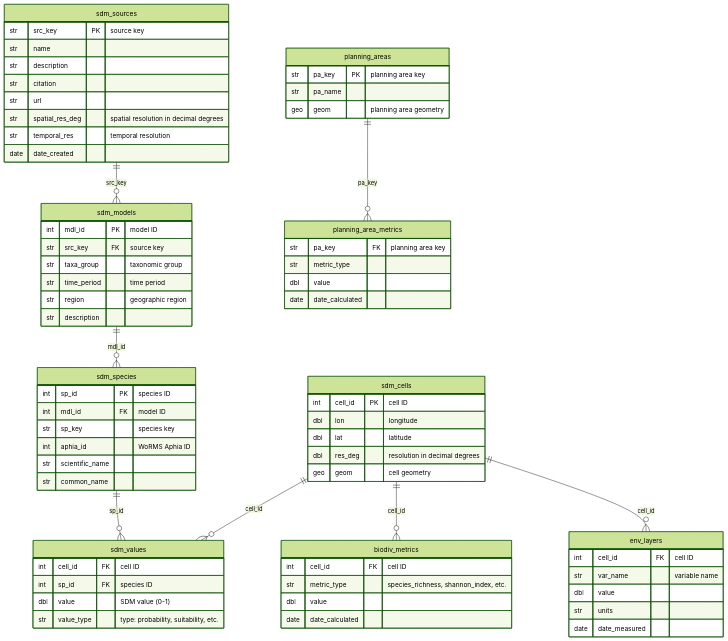
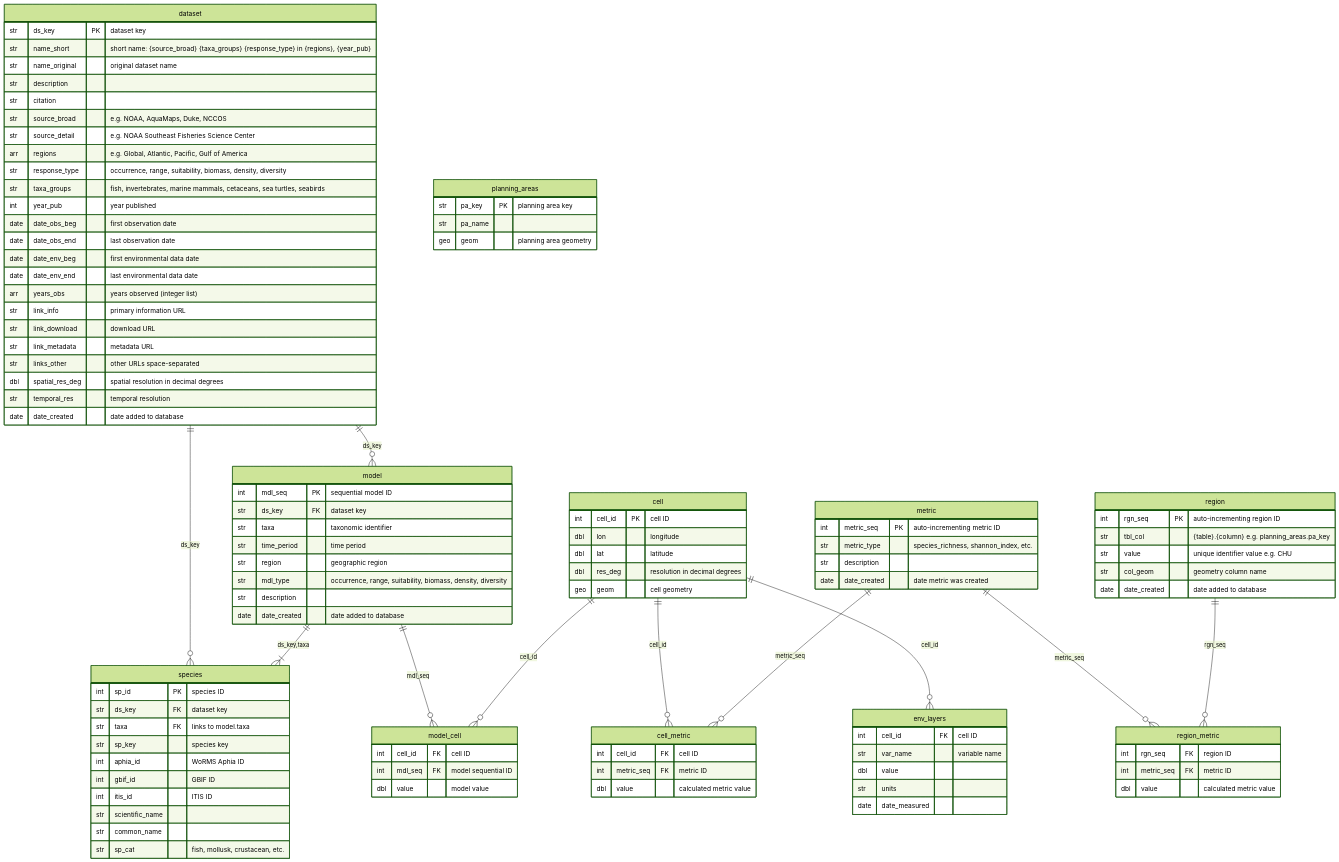
One commit to MarineSensitivity/workflows changed the diagram in ingest_aquamaps_to_sdm_duckdb.qmd. Above: the diagram before and after it, drawn with Mermaid (forest theme). The commit also changed other lines of this file and 18 other files, not shown here.

````diff
--- a/ingest_aquamaps_to_sdm_duckdb.qmd
+++ b/ingest_aquamaps_to_sdm_duckdb.qmd
@@ -43,84 +62,120 @@
 %% https://mermaid.js.org/syntax/entityRelationshipDiagram.html
 
 %% tables
-sdm_sources {
-  str src_key        PK  "source key"
-  str name
+dataset {
+  str ds_key          PK  "dataset key"
+  str name_short          "short name: {source_broad} {taxa_groups} {response_type} in {regions}, {year_pub}"
+  str name_original       "original dataset name"
   str description
   str citation
-  str url
-  str spatial_res_deg    "spatial resolution in decimal degrees"
-  str temporal_res       "temporal resolution"
-  date date_created
+  str source_broad        "e.g. NOAA, AquaMaps, Duke, NCCOS"
+  str source_detail       "e.g. NOAA Southeast Fisheries Science Center"
+  arr regions             "e.g. Global, Atlantic, Pacific, Gulf of America"
+  str response_type       "occurrence, range, suitability, biomass, density, diversity"
+  str taxa_groups         "fish, invertebrates, marine mammals, cetaceans, sea turtles, seabirds"
+  int year_pub            "year published"
+  date date_obs_beg       "first observation date"
+  date date_obs_end       "last observation date"
+  date date_env_beg       "first environmental data date"
+  date date_env_end       "last environmental data date"
+  arr years_obs           "years observed (integer list)"
+  str link_info           "primary information URL"
+  str link_download       "download URL"
+  str link_metadata       "metadata URL"
+  str links_other         "other URLs space-separated"
+  dbl spatial_res_deg     "spatial resolution in decimal degrees"
+  str temporal_res        "temporal resolution"
+  date date_created       "date added to database"
 }
 
-sdm_models {
-  int mdl_id         PK  "model ID"
-  str src_key        FK  "source key"
-  str taxa_group         "taxonomic group"
-  str time_period        "time period"
-  str region             "geographic region"
+model {
+  int mdl_seq         PK  "sequential model ID"
+  str ds_key          FK  "dataset key"
+  str taxa                "taxonomic identifier"
+  str time_period         "time period"
+  str region              "geographic region"
+  str mdl_type            "occurrence, range, suitability, biomass, density, diversity"
   str description
+  date date_created       "date added to database"
 }
 
-sdm_species {
-  int sp_id          PK  "species ID"
-  int mdl_id         FK  "model ID"
-  str sp_key             "species key"
-  int aphia_id           "WoRMS Aphia ID"
+species {
+  int sp_id           PK  "species ID"
+  str ds_key          FK  "dataset key"
+  str taxa            FK  "links to model.taxa"
+  str sp_key              "species key"
+  int aphia_id            "WoRMS Aphia ID"
+  int gbif_id             "GBIF ID"
+  int itis_id             "ITIS ID"
   str scientific_name
   str common_name
+  str sp_cat              "fish, mollusk, crustacean, etc."
 }
 
-sdm_cells {
-  int cell_id        PK  "cell ID"
-  dbl lon                "longitude"
-  dbl lat                "latitude"
-  dbl res_deg            "resolution in decimal degrees"
-  geo geom               "cell geometry"
+cell {
+  int cell_id         PK  "cell ID"
+  dbl lon                 "longitude"
+  dbl lat                 "latitude"
+  dbl res_deg             "resolution in decimal degrees"
+  geo geom                "cell geometry"
 }
 
-sdm_values {
-  int cell_id        FK  "cell ID"
-  int sp_id          FK  "species ID"
-  dbl value              "SDM value (0-1)"
-  str value_type         "type: probability, suitability, etc."
+model_cell {
+  int cell_id         FK  "cell ID"
+  int mdl_seq         FK  "model sequential ID"
+  dbl value               "model value"
 }
 
-biodiv_metrics {
-  int cell_id        FK  "cell ID"
-  str metric_type        "species_richness, shannon_index, etc."
-  dbl value
-  date date_calculated
+metric {
+  int metric_seq      PK  "auto-incrementing metric ID"
+  str metric_type         "species_richness, shannon_index, etc."
+  str description
+  date date_created       "date metric was created"
+}
+
+cell_metric {
+  int cell_id         FK  "cell ID"
+  int metric_seq      FK  "metric ID"
+  dbl value               "calculated metric value"
+}
+
+region {
+  int rgn_seq         PK  "auto-incrementing region ID"
+  str tbl_col             "{table}.{column} e.g. planning_areas.pa_key"
+  str value               "unique identifier value e.g. CHU"
+  str col_geom            "geometry column name"
+  date date_created       "date added to database"
+}
+
+region_metric {
+  int rgn_seq         FK  "region ID"
+  int metric_seq      FK  "metric ID"
+  dbl value               "calculated metric value"
 }
 
 env_layers {
-  int cell_id        FK  "cell ID"
-  str var_name           "variable name"
+  int cell_id         FK  "cell ID"
+  str var_name            "variable name"
   dbl value
   str units
   date date_measured
 }
 
 planning_areas {
-  str pa_key         PK  "planning area key"
+  str pa_key          PK  "planning area key"
   str pa_name
-  geo geom               "planning area geometry"
-}
-
-planning_area_metrics {
-  str pa_key         FK  "planning area key"
-  str metric_type
-  dbl value
-  date date_calculated
+  geo geom                "planning area geometry"
 }
 
 %% relationships
-sdm_sources ||--o{ sdm_models : src_key
-sdm_models ||--o{ sdm_species : mdl_id
-sdm_species ||--o{ sdm_values : sp_id
-sdm_cells ||--o{ sdm_values : cell_id
-sdm_cells ||--o{ biodiv_metrics : cell_id
-sdm_cells ||--o{ env_layers : cell_id
-planning_areas ||--o{ planning_area_metrics : pa_key
+dataset ||--o{ model : ds_key
+dataset ||--o{ species : ds_key
+model ||--|{ species : "ds_key,taxa"
+model ||--o{ model_cell : mdl_seq
+cell ||--o{ model_cell : cell_id
+cell ||--o{ cell_metric : cell_id
+cell ||--o{ env_layers : cell_id
+metric ||--o{ cell_metric : metric_seq
+metric ||--o{ region_metric : metric_seq
+region ||--o{ region_metric : rgn_seq
 ```
````
